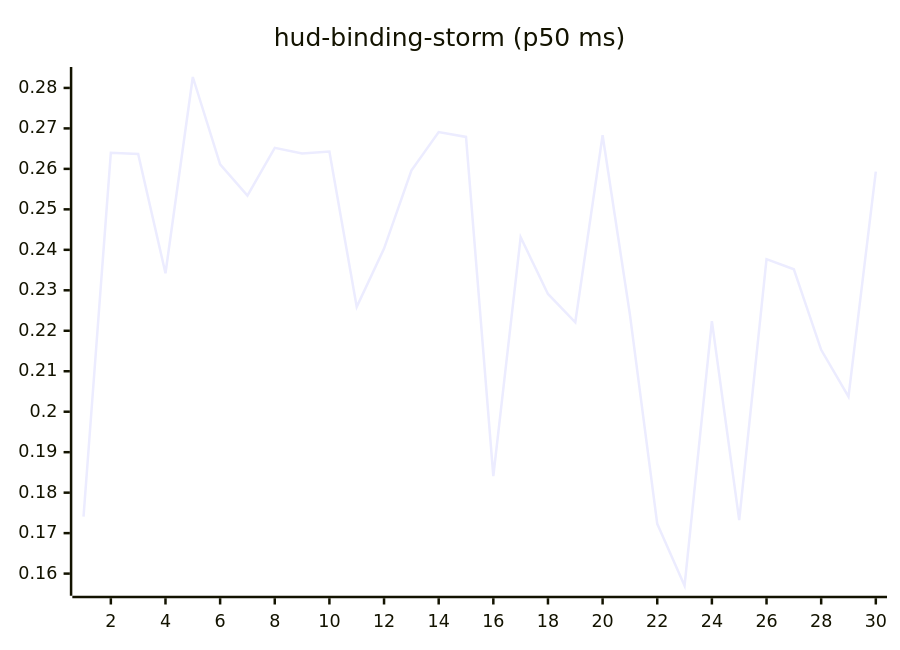
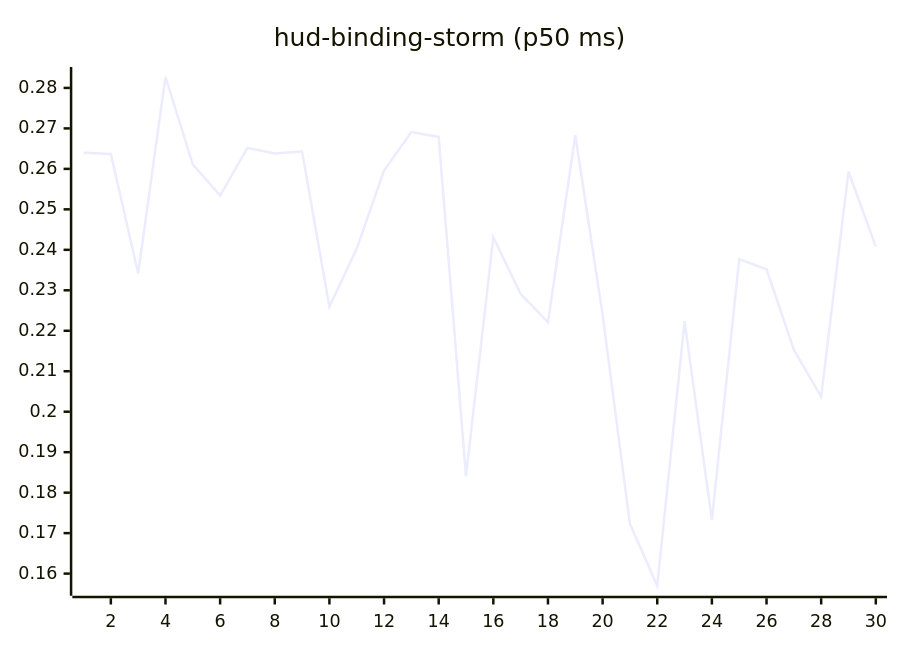
Before and after one commit to josha/Facet: the tenth of 27 diagrams in README.md, drawn with Mermaid. The commit also changed other lines of this file and 2 other files, not shown here.

````diff
--- a/README.md
+++ b/README.md
@@ -126,6 +126,6 @@
 ```mermaid
 xychart-beta
     title "hud-binding-storm (p50 ms)"
     x-axis 1 --> 30
-    line [0.1741, 0.2640, 0.2637, 0.2342, 0.2827, 0.2611, 0.2534, 0.2652, 0.2638, 0.2643, 0.2259, 0.2403, 0.2596, 0.2691, 0.2679, 0.1841, 0.2431, 0.2291, 0.2221, 0.2683, 0.2240, 0.1723, 0.1570, 0.2224, 0.1732, 0.2377, 0.2352, 0.2153, 0.2037, 0.2593]
+    line [0.2640, 0.2637, 0.2342, 0.2827, 0.2611, 0.2534, 0.2652, 0.2638, 0.2643, 0.2259, 0.2403, 0.2596, 0.2691, 0.2679, 0.1841, 0.2431, 0.2291, 0.2221, 0.2683, 0.2240, 0.1723, 0.1570, 0.2224, 0.1732, 0.2377, 0.2352, 0.2153, 0.2037, 0.2593, 0.2408]
 ```
````
